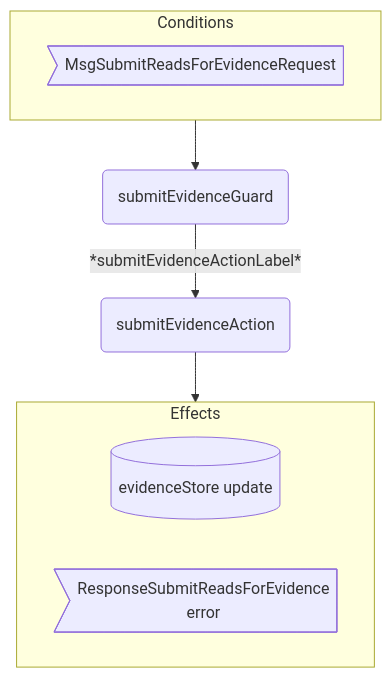
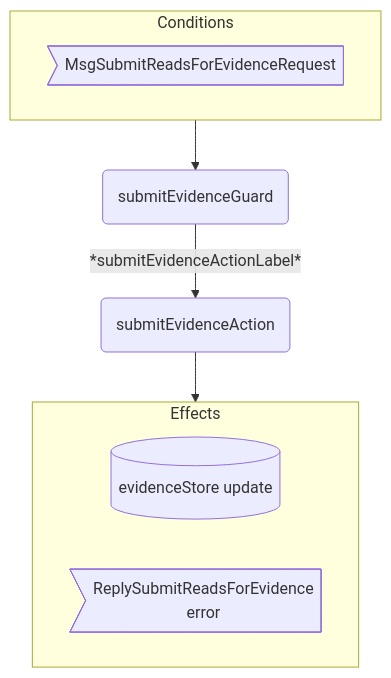
The second of 3 diagrams in docs/arch/node/engines/reads_for_behaviour.juvix.md (anoma/nspec), drawn with Mermaid before and after one commit. The commit also changed other lines of this file and 37 other files, not shown here.

Commit message:
Renamed all instances of "Response" to "Reply" in message interfaces for consistency across commitment, decryption, identity management, and other engines.

````diff
--- a/docs/arch/node/engines/reads_for_behaviour.juvix.md
+++ b/docs/arch/node/engines/reads_for_behaviour.juvix.md
@@ -540,16 +540,16 @@
 ```mermaid
 flowchart TD
   subgraph C[Conditions]
     CMsg>MsgSubmitReadsForEvidenceRequest]
   end
 
   G(submitEvidenceGuard)
   A(submitEvidenceAction)
 
   C --> G -- *submitEvidenceActionLabel* --> A --> E
 
   subgraph E[Effects]
     EEnv[(evidenceStore update)]
-    EMsg>ResponseSubmitReadsForEvidence<br/>error]
+    EMsg>ReplySubmitReadsForEvidence<br/>error]
   end
 ```
````
